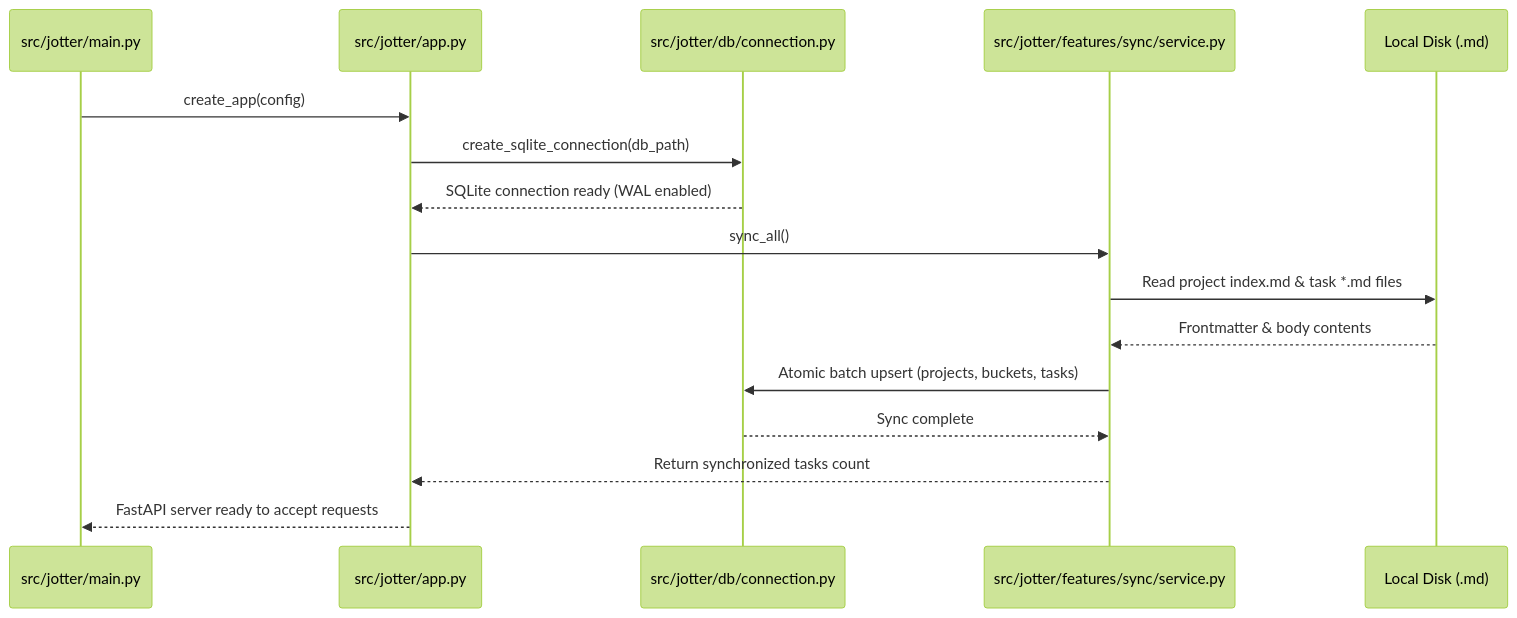
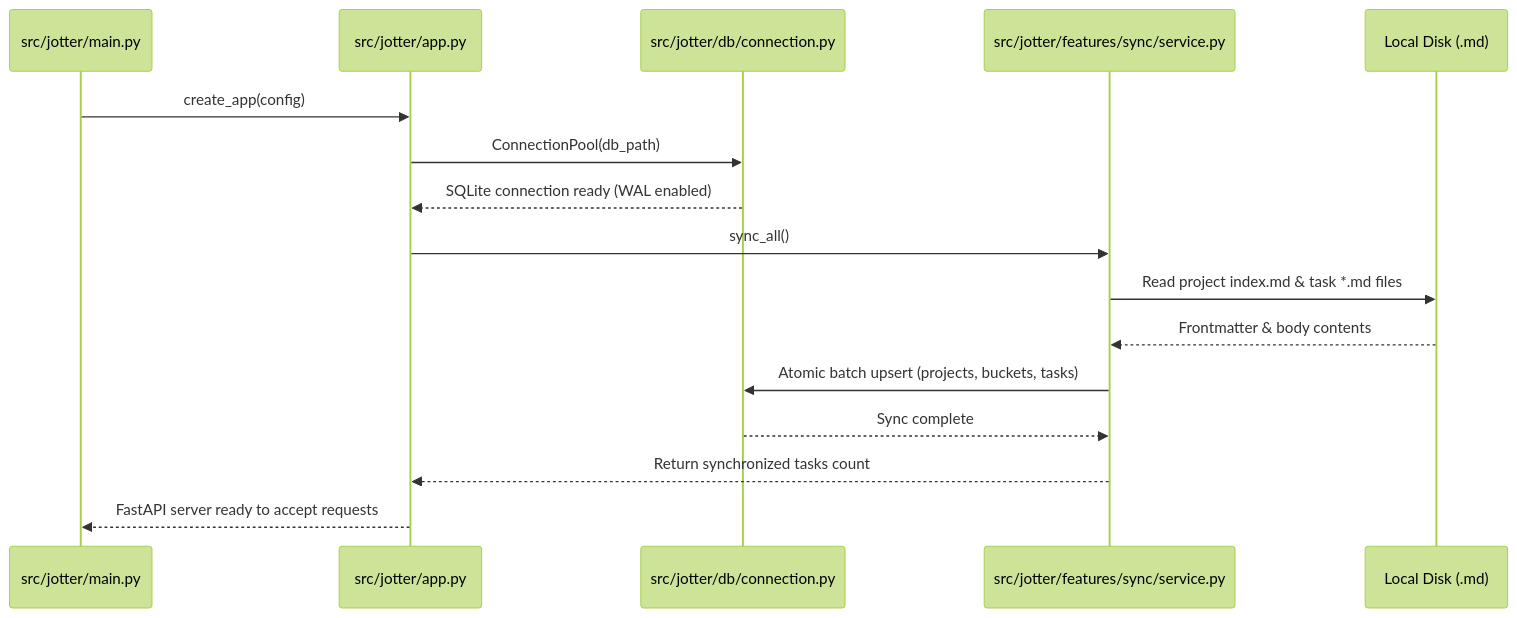
The fourth of 4 diagrams in docs/developer/architecture.md (simon123h/Jotter), drawn with Mermaid (forest theme) before and after one commit. The commit also changed other lines of this file and 5 other files, not shown here.

First line of the commit message:
perf(api): serve requests from a small connection pool

````diff
--- a/docs/developer/architecture.md
+++ b/docs/developer/architecture.md
@@ -124,19 +124,19 @@
 ```mermaid
 sequenceDiagram
     participant Main as src/jotter/main.py
     participant App as src/jotter/app.py
     participant DB as src/jotter/db/connection.py
     participant Sync as src/jotter/features/sync/service.py
     participant Disk as Local Disk (.md)
 
     Main->>App: create_app(config)
-    App->>DB: create_sqlite_connection(db_path)
+    App->>DB: ConnectionPool(db_path)
     DB-->>App: SQLite connection ready (WAL enabled)
     App->>Sync: sync_all()
     Sync->>Disk: Read project index.md & task *.md files
     Disk-->>Sync: Frontmatter & body contents
     Sync->>DB: Atomic batch upsert (projects, buckets, tasks)
     DB-->>Sync: Sync complete
     Sync-->>App: Return synchronized tasks count
     App-->>Main: FastAPI server ready to accept requests
 ```
````
